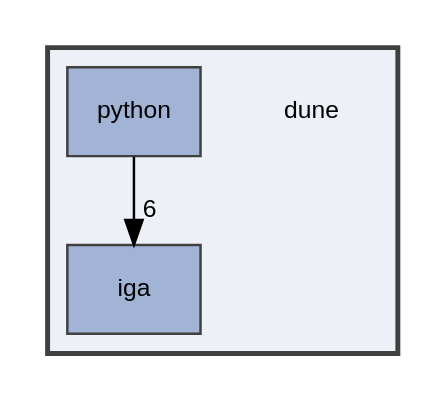
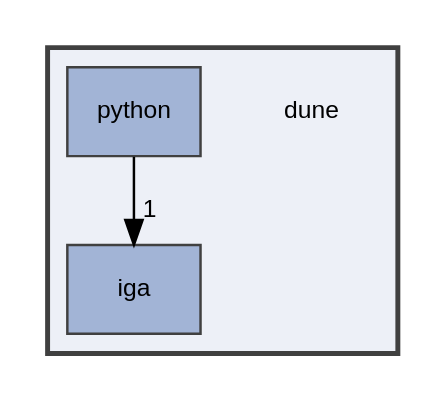
Before and after one commit to rath3t/dune-iga-doc: the diagram in dir_5e69be5995c9f5d42bf491ae6f29600e_dep.dot, drawn with Graphviz. The commit also changed 1230 other files, not shown here.

```diff
--- a/dir_5e69be5995c9f5d42bf491ae6f29600e_dep.dot
+++ b/dir_5e69be5995c9f5d42bf491ae6f29600e_dep.dot
@@ -1,14 +1,14 @@
 digraph "dune"
 {
  // LATEX_PDF_SIZE
   edge [fontname="Helvetica",fontsize="10",labelfontname="Helvetica",labelfontsize="10"];
   node [fontname="Helvetica",fontsize="10",shape=record];
   compound=true
   subgraph clusterdir_5e69be5995c9f5d42bf491ae6f29600e {
     graph [ bgcolor="#edf0f7", pencolor="grey25", style="filled,bold,", label="", fontname="Helvetica", fontsize="10", URL="dir_5e69be5995c9f5d42bf491ae6f29600e.html"]
     dir_5e69be5995c9f5d42bf491ae6f29600e [shape=plaintext, label="dune"];
   dir_d2a3c23294a1b1015b1b8e8721ddded8 [shape=box, label="iga", style="filled,", fillcolor="#a2b4d6", color="grey25", URL="dir_d2a3c23294a1b1015b1b8e8721ddded8.html"];
   dir_e42d0074801678c644b0e137d50ef233 [shape=box, label="python", style="filled,", fillcolor="#a2b4d6", color="grey25", URL="dir_e42d0074801678c644b0e137d50ef233.html"];
   }
-  dir_e42d0074801678c644b0e137d50ef233->dir_d2a3c23294a1b1015b1b8e8721ddded8 [headlabel="6", labeldistance=1.5 headhref="dir_000009_000006.html"];
+  dir_e42d0074801678c644b0e137d50ef233->dir_d2a3c23294a1b1015b1b8e8721ddded8 [headlabel="1", labeldistance=1.5 headhref="dir_000009_000006.html"];
 }
```
